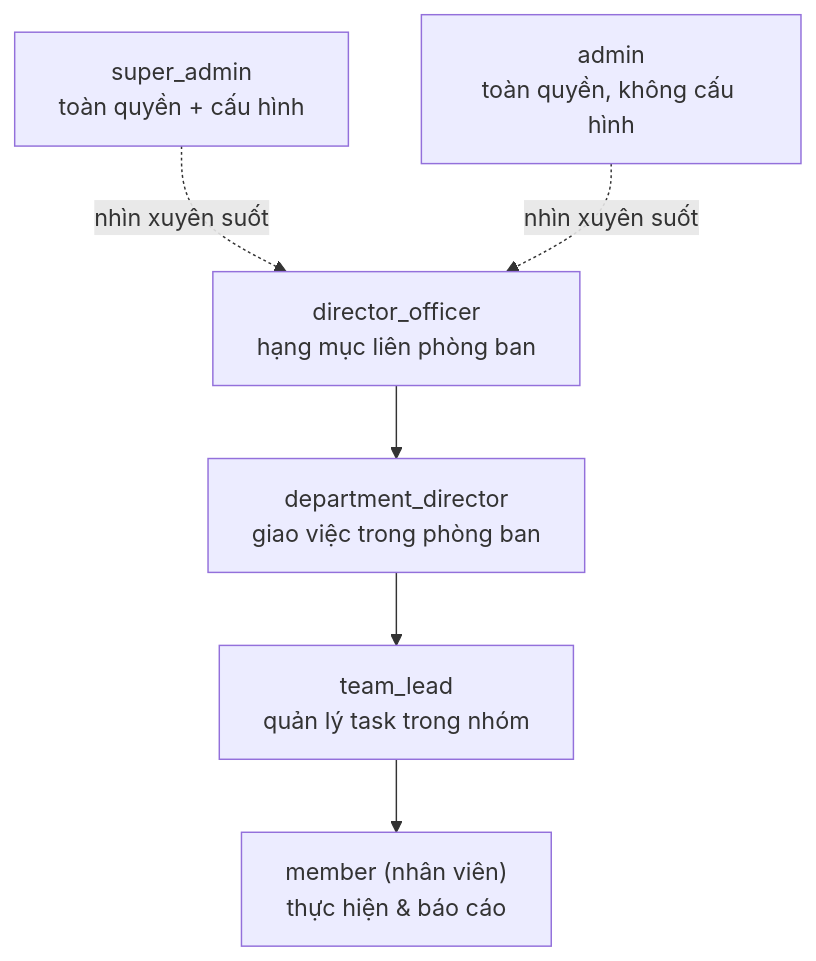
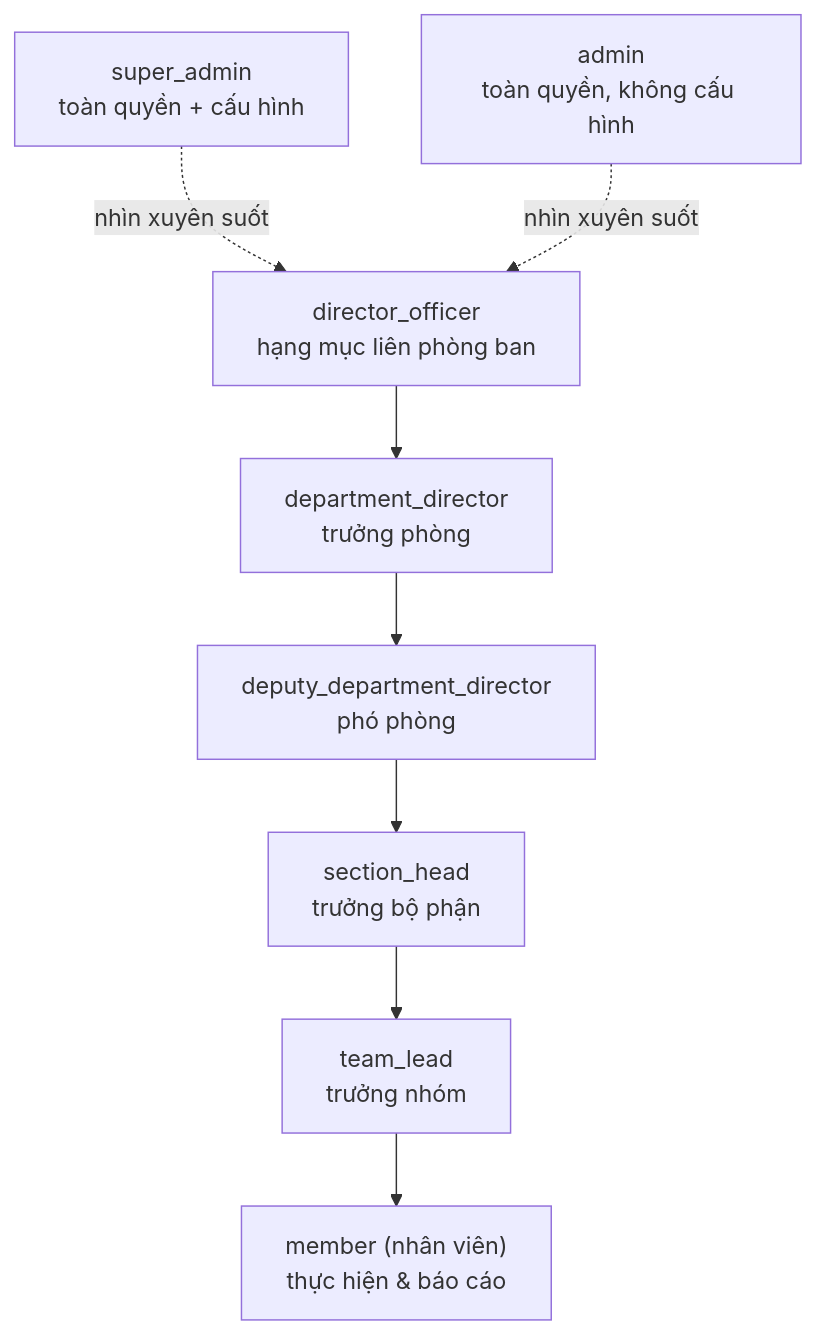
Before and after one commit to KaneDevVaSchool/va-workspace: the second of 5 diagrams in docs/VA_WORKSPACE_OVERVIEW.md, drawn with Mermaid. The commit also changed other lines of this file and 27 other files, not shown here.

First line of the commit message:
feat(Evaluation): thêm module Tiêu chí đánh giá theo phòng ban

````diff
--- a/docs/VA_WORKSPACE_OVERVIEW.md
+++ b/docs/VA_WORKSPACE_OVERVIEW.md
@@ -175,8 +213,10 @@
 ```mermaid
 flowchart TD
   SA["super_admin<br/>toàn quyền + cấu hình"] -.nhìn xuyên suốt.-> DO
   AD["admin<br/>toàn quyền, không cấu hình"] -.nhìn xuyên suốt.-> DO
-  DO["director_officer<br/>hạng mục liên phòng ban"] --> DD["department_director<br/>giao việc trong phòng ban"]
-  DD --> TL["team_lead<br/>quản lý task trong nhóm"]
+  DO["director_officer<br/>hạng mục liên phòng ban"] --> DD["department_director<br/>trưởng phòng"]
+  DD --> DPD["deputy_department_director<br/>phó phòng"]
+  DPD --> SH["section_head<br/>trưởng bộ phận"]
+  SH --> TL["team_lead<br/>trưởng nhóm"]
   TL --> MB["member (nhân viên)<br/>thực hiện & báo cáo"]
 ```
````
